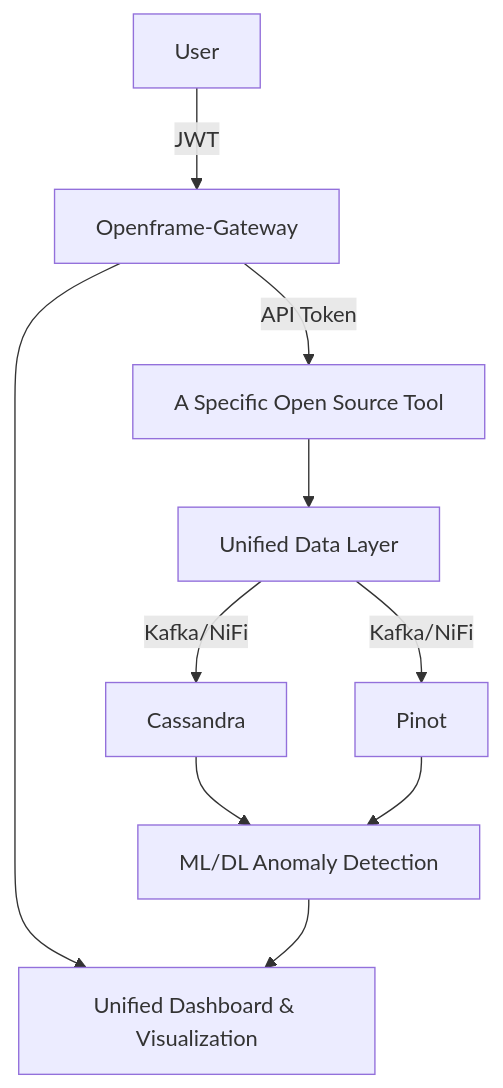
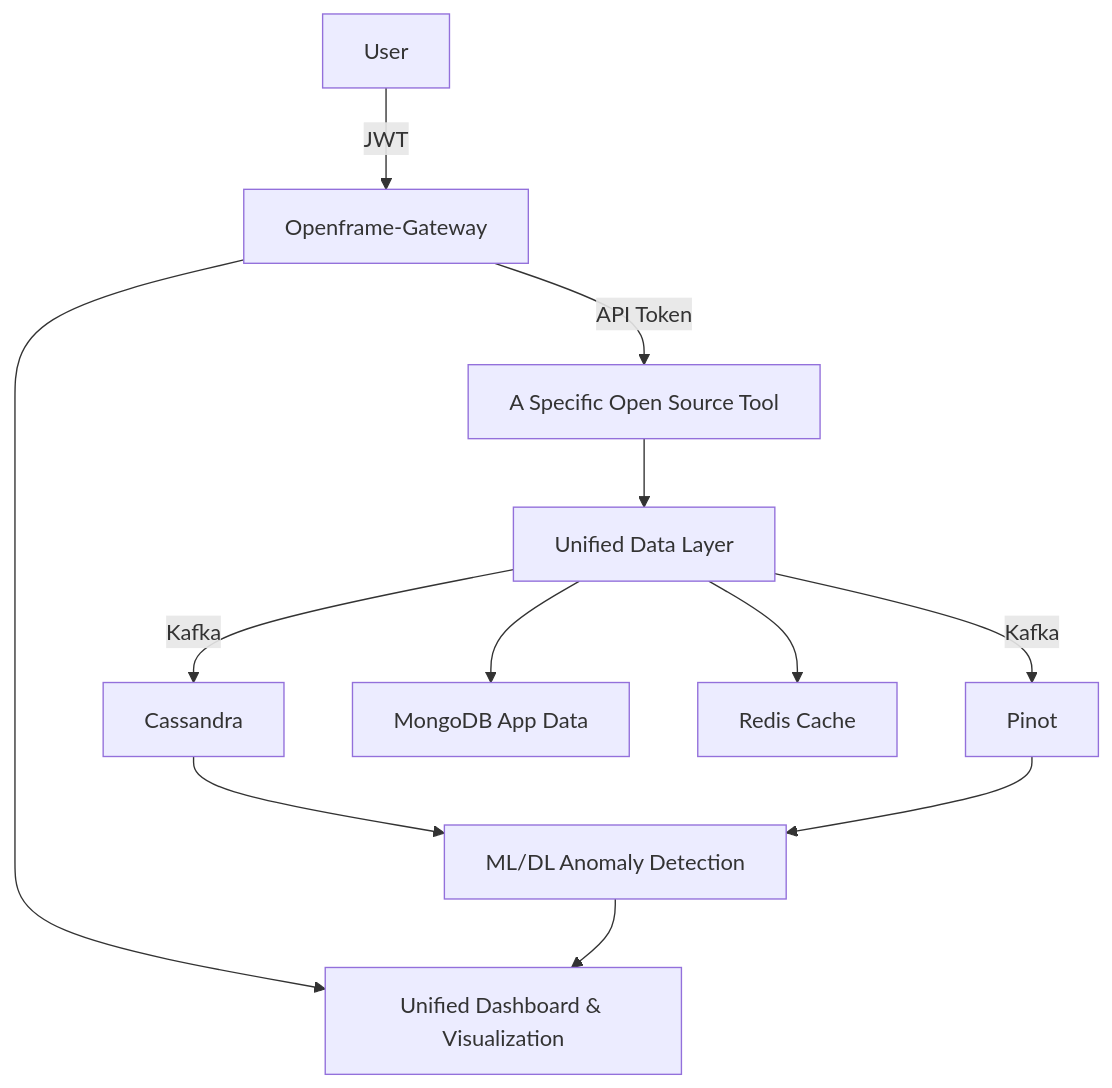
Before and after one commit to flamingo-stack/openframe-oss-tenant: the first of 7 diagrams in docs/README.md, drawn with Mermaid. The commit also changed other lines of this file and 7 other files, not shown here.

First line of the commit message:
Update architecture diagrams and remove outdated NiFi references

````diff
--- a/docs/README.md
+++ b/docs/README.md
@@ -40,12 +40,14 @@
 ```mermaid
 graph TD
     User -->|JWT| Openframe-Gateway
     Openframe-Gateway -->|API Token| Tool[A Specific Open Source Tool]
     Tool --> DataLayer[Unified Data Layer]
     Openframe-Gateway --> Dashboard[Unified Dashboard & Visualization]
-    DataLayer -->|Kafka/NiFi| Cassandra
-    DataLayer -->|Kafka/NiFi| Pinot
+    DataLayer -->|Kafka| Cassandra
+    DataLayer -->|Kafka| Pinot
+    DataLayer --> MongoDB[MongoDB App Data]
+    DataLayer --> Redis[Redis Cache]
     Cassandra --> AI[ML/DL Anomaly Detection]
     Pinot --> AI
     AI --> Dashboard
 ```
````
